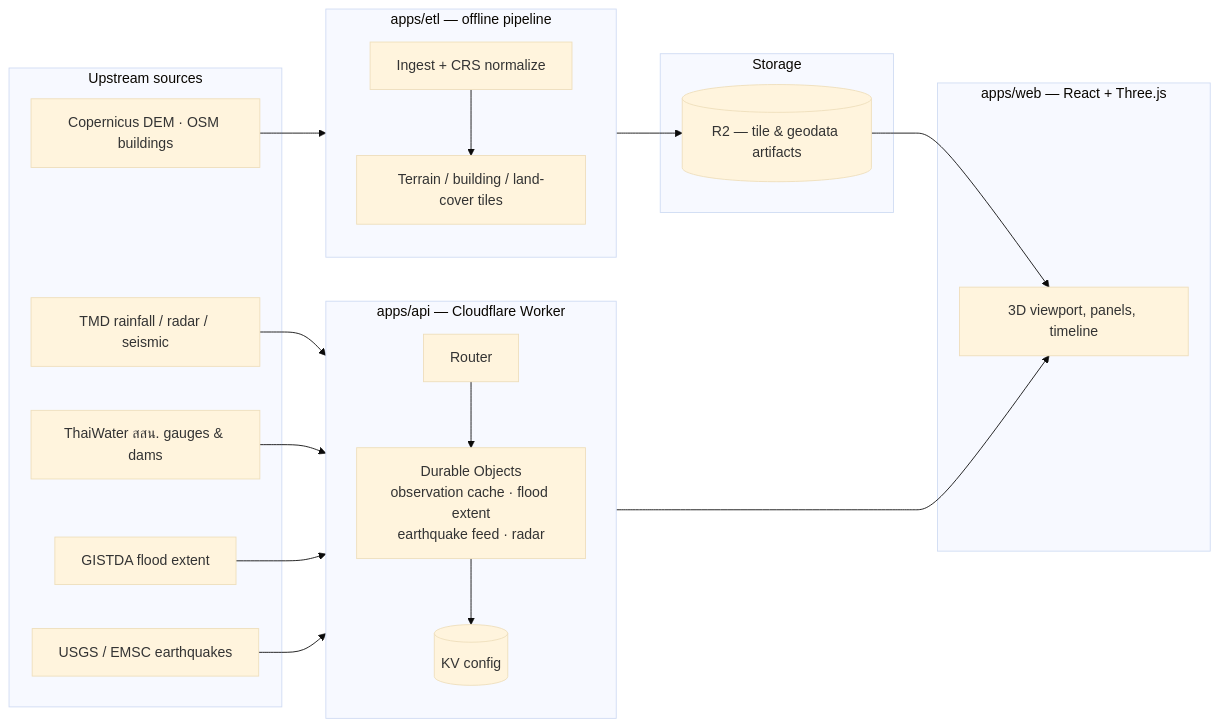
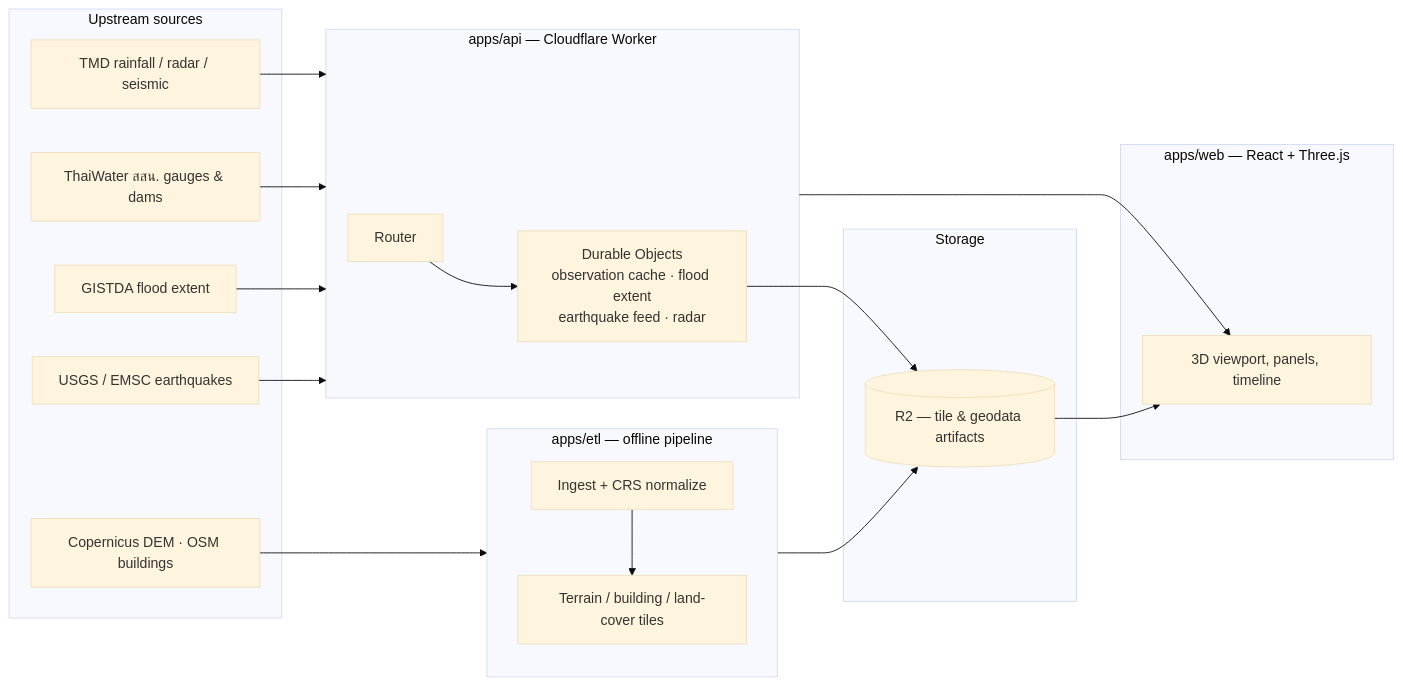
One commit to flukelaster/SIAHRA changed the diagram in README.md. Above: the diagram before and after it, drawn with Mermaid (base theme). The commit also changed other lines of this file and 3 other files, not shown here.

First line of the commit message:
docs: turn the repository audit into an executable roadmap (#28)

````diff
--- a/README.md
+++ b/README.md
@@ -89,35 +89,35 @@
 ```mermaid
 flowchart LR
     subgraph Sources["Upstream sources"]
         TMD[TMD rainfall / radar / seismic]
         TW[ThaiWater สสน. gauges & dams]
         GISTDA[GISTDA flood extent]
         USGS[USGS / EMSC earthquakes]
         DEM[Copernicus DEM · OSM buildings]
     end
 
     subgraph ETL["apps/etl — offline pipeline"]
         A[Ingest + CRS normalize] --> B[Terrain / building / land-cover tiles]
     end
 
     subgraph Edge["apps/api — Cloudflare Worker"]
         R[Router] --> DO["Durable Objects<br/>observation cache · flood extent<br/>earthquake feed · radar"]
-        DO --> KV[(KV config)]
     end
 
     subgraph Storage
         R2[(R2 — tile & geodata artifacts)]
     end
 
     subgraph Client["apps/web — React + Three.js"]
         UI[3D viewport, panels, timeline]
     end
 
     TMD --> Edge
     TW --> Edge
     GISTDA --> Edge
     USGS --> Edge
     DEM --> ETL --> R2
+    DO --> R2
     R2 --> UI
     Edge --> UI
 ```
````
